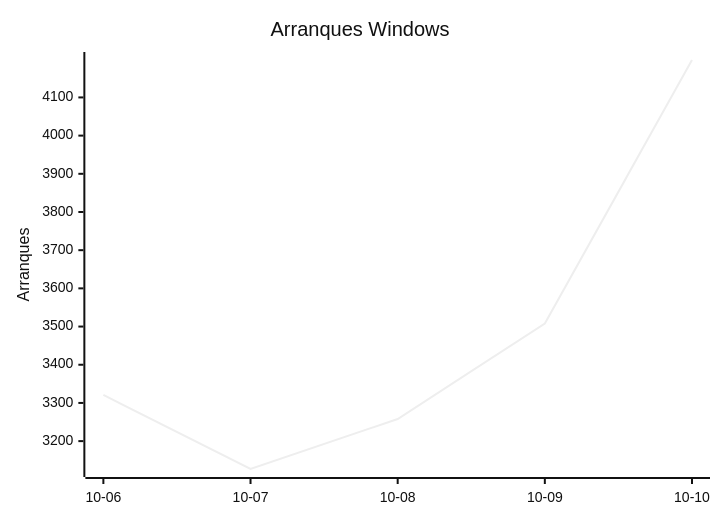
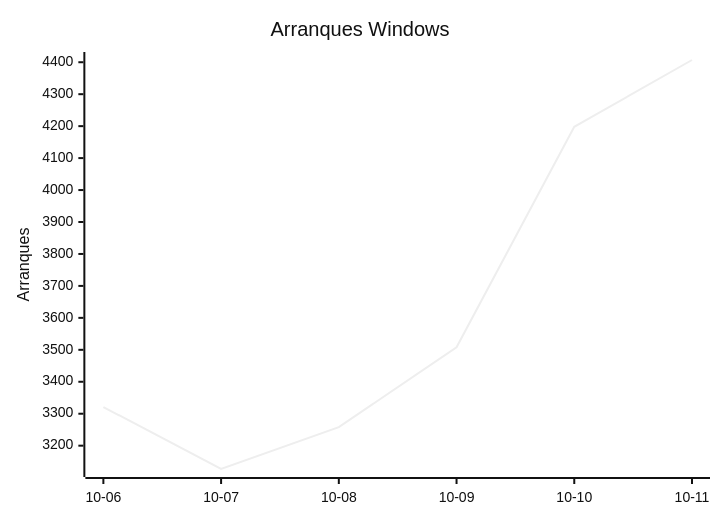
Before and after one commit to EmuDeck/stats: the third of 8 diagrams in README.md, drawn with Mermaid (neutral theme). The commit also changed other lines of this file and 2 other files, not shown here.

````diff
--- a/README.md
+++ b/README.md
@@ -34,7 +34,7 @@
 ```mermaid
 xychart-beta
     title "Arranques Windows"
-    x-axis ["10-06", "10-07", "10-08", "10-09", "10-10"]
+    x-axis ["10-06", "10-07", "10-08", "10-09", "10-10", "10-11"]
     y-axis "Arranques"
-    line [3321, 3127, 3258, 3508, 4198]
+    line [3321, 3127, 3258, 3508, 4198, 4407]
 ```
````
